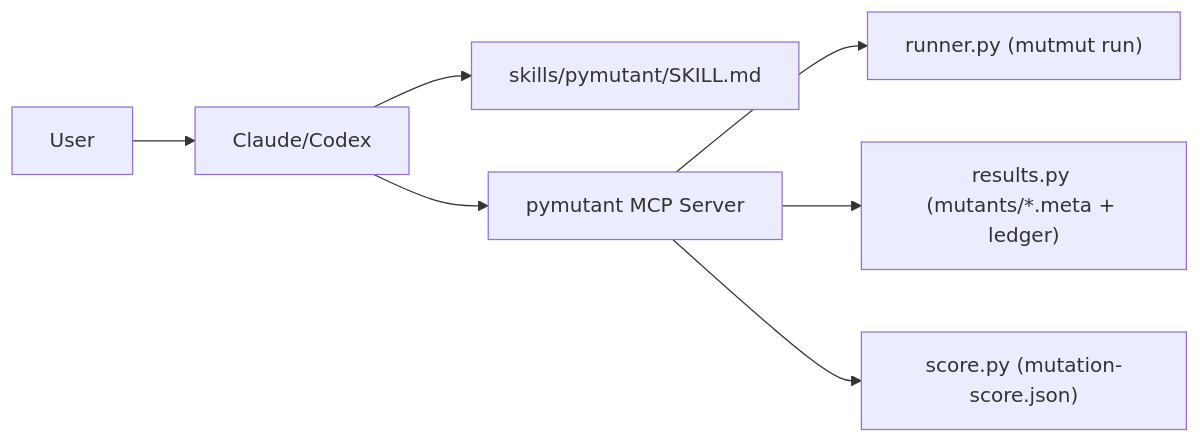
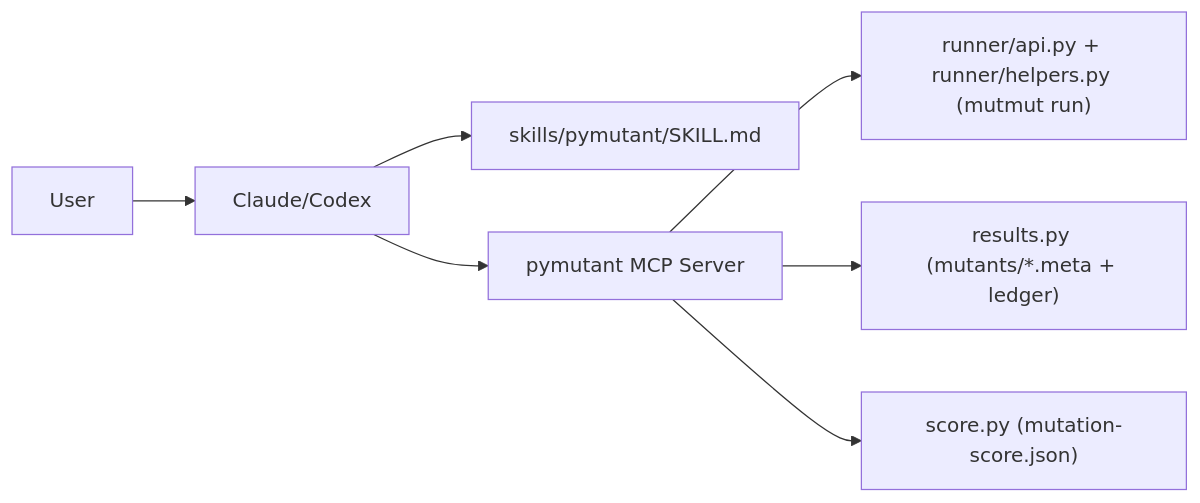
The first of 2 diagrams in README.md (provide-io/pymutant-mcp), drawn with Mermaid before and after one commit. The commit also changed 3 other files, not shown here.

First line of the commit message:
docs: align runner architecture references

````diff
--- a/README.md
+++ b/README.md
@@ -124,9 +124,9 @@
 ```mermaid
 flowchart LR
     U["User"] --> C["Claude/Codex"]
     C --> S["skills/pymutant/SKILL.md"]
     C --> M["pymutant MCP Server"]
-    M --> R["runner.py (mutmut run)"]
+    M --> R["runner/api.py + runner/helpers.py (mutmut run)"]
     M --> RS["results.py (mutants/*.meta + ledger)"]
     M --> SC["score.py (mutation-score.json)"]
 ```
````
